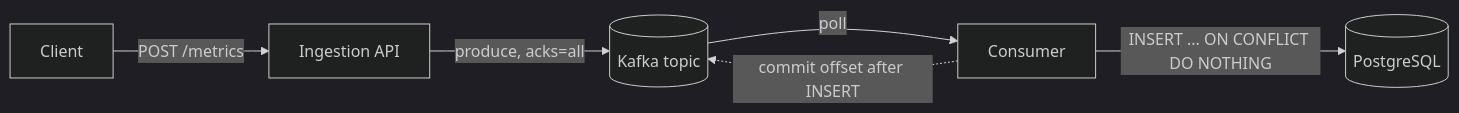
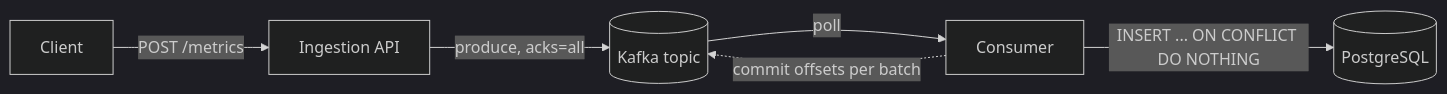
Before and after one commit to rmbarboza/go-telemetry-pipeline: the diagram in docs/architecture.md, drawn with Mermaid (dark theme). The commit also changed other lines of this file, not shown here.

First line of the commit message:
docs: bring architecture.md up to date with main

````diff
--- a/docs/architecture.md
+++ b/docs/architecture.md
@@ -12,8 +12,8 @@
 ```mermaid
 flowchart LR
     C[Client] -->|POST /metrics| A[Ingestion API]
     A -->|produce, acks=all| K[(Kafka topic)]
     K -->|poll| W[Consumer]
     W -->|INSERT ... ON CONFLICT DO NOTHING| P[(PostgreSQL)]
-    W -.->|commit offset after INSERT| K
+    W -.->|commit offsets per batch| K
 ```
````
